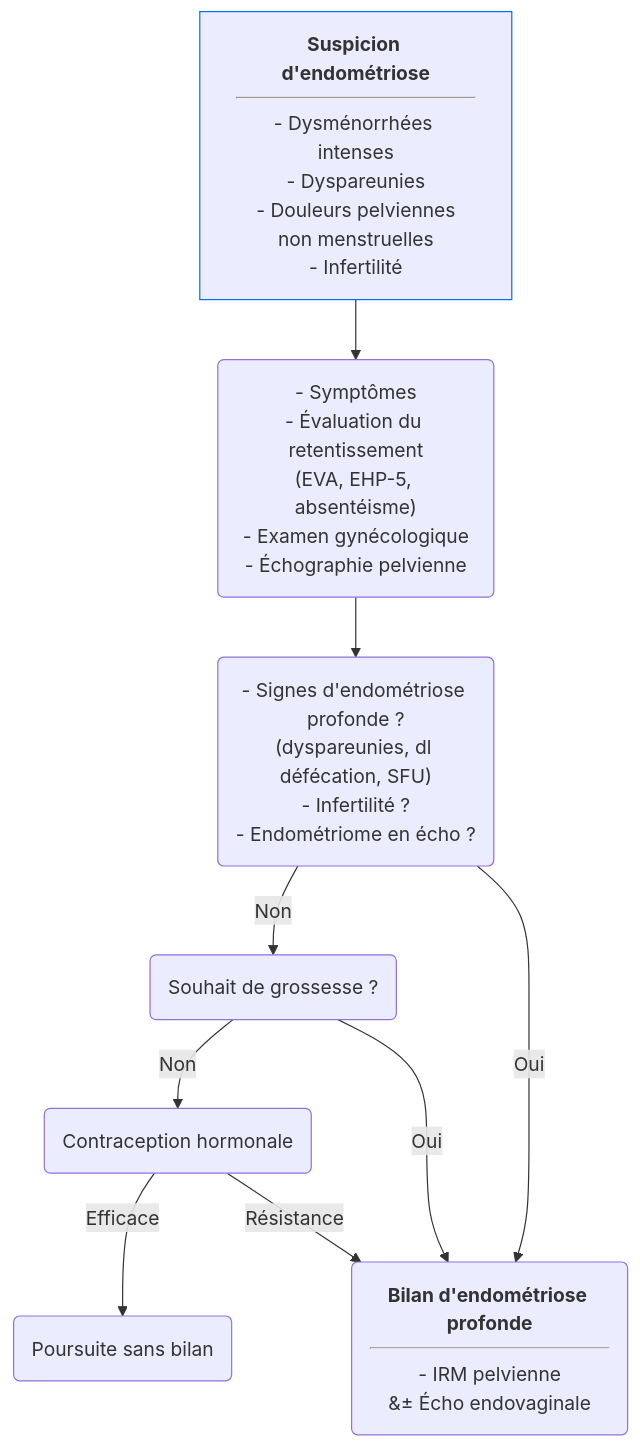
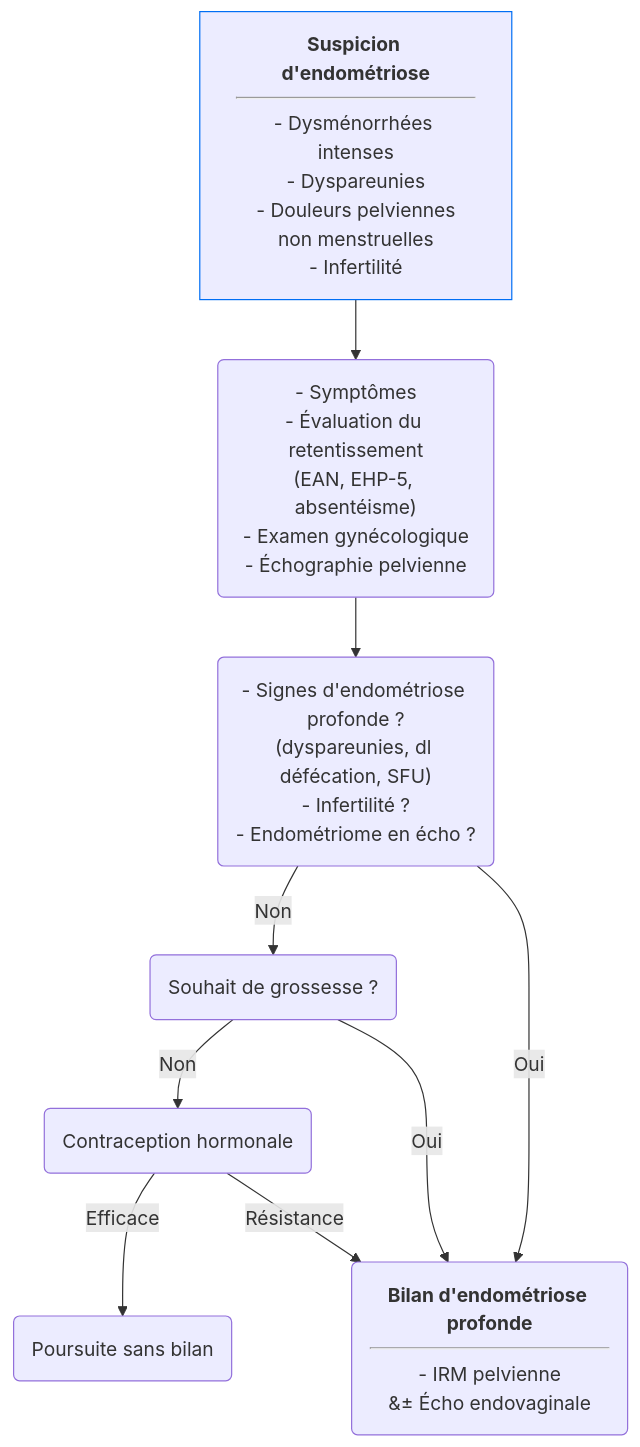
Before and after one commit to djibe/recommandations-medicales: the diagram in content/recommandations/endometriose.md, drawn with Mermaid. The commit also changed other lines of this file and 3 other files, not shown here.

```diff
--- a/content/recommandations/endometriose.md
+++ b/content/recommandations/endometriose.md
@@ -154,12 +154,12 @@
 {{< mermaid title="Conduite à tenir devant une suspicion d'endométriose. Dr JB FRON d'après HAS 2017" >}}
 graph TB
-  endometriose["<b>Suspicion d'endométriose</b><hr>- Dysménorrhées intenses<br>- Dyspareunies<br>- Douleurs pelviennes<br>non menstruelles<br>- Infertilité"] --> clinique("- Symptômes<br>- Évaluation du retentissement<br>(EVA, EHP-5, absentéisme)<br>- Examen gynécologique<br>- Échographie pelvienne")
+  endometriose["<b>Suspicion d'endométriose</b><hr>- Dysménorrhées intenses<br>- Dyspareunies<br>- Douleurs pelviennes<br>non menstruelles<br>- Infertilité"] --> clinique("- Symptômes<br>- Évaluation du retentissement<br>(EAN, EHP-5, absentéisme)<br>- Examen gynécologique<br>- Échographie pelvienne")
   style endometriose stroke:#006ef4, stroke-width:1px
     clinique --> indicationsBilan("- Signes d'endométriose profonde ?<br>(dyspareunies, dl défécation, SFU)<br>- Infertilité ?<br>- Endométriome en écho ?")
       indicationsBilan -- Non --> souhaitGrossesse(Souhait de grossesse&nbsp;?)
         souhaitGrossesse -- Non --> contraception(Contraception hormonale)
           contraception -- Efficace --> poursuite(Poursuite sans bilan)
           contraception -- Résistance --> bilan
         souhaitGrossesse -- Oui --> bilan
       indicationsBilan -- Oui --> bilan("<b>Bilan d'endométriose profonde</b><hr>- IRM pelvienne<br>&#177; Écho endovaginale")
 {{< /mermaid >}}
```
